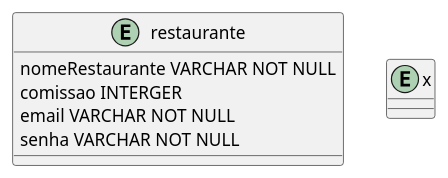
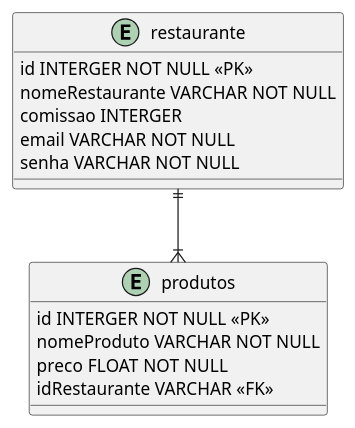
Before and after one commit to galaticghost/AndroidFood: the diagram in modelagem/banco.wsd, drawn with PlantUML. The commit also changed 11 other files, not shown here.

```diff
--- a/modelagem/banco.wsd
+++ b/modelagem/banco.wsd
@@ -1,15 +1,20 @@
 @startuml Banco de Dados
 
 entity restaurante{
+    id INTERGER NOT NULL <<PK>>
     nomeRestaurante VARCHAR NOT NULL
     comissao INTERGER
     email VARCHAR NOT NULL
     senha VARCHAR NOT NULL
 }
 
-entity x{
-    
+entity produtos{
+    id INTERGER NOT NULL <<PK>>
+    nomeProduto VARCHAR NOT NULL 
+    preco FLOAT NOT NULL
+    idRestaurante VARCHAR <<FK>>
 }
 
+restaurante ||--|{ produtos
 
 @enduml
```
